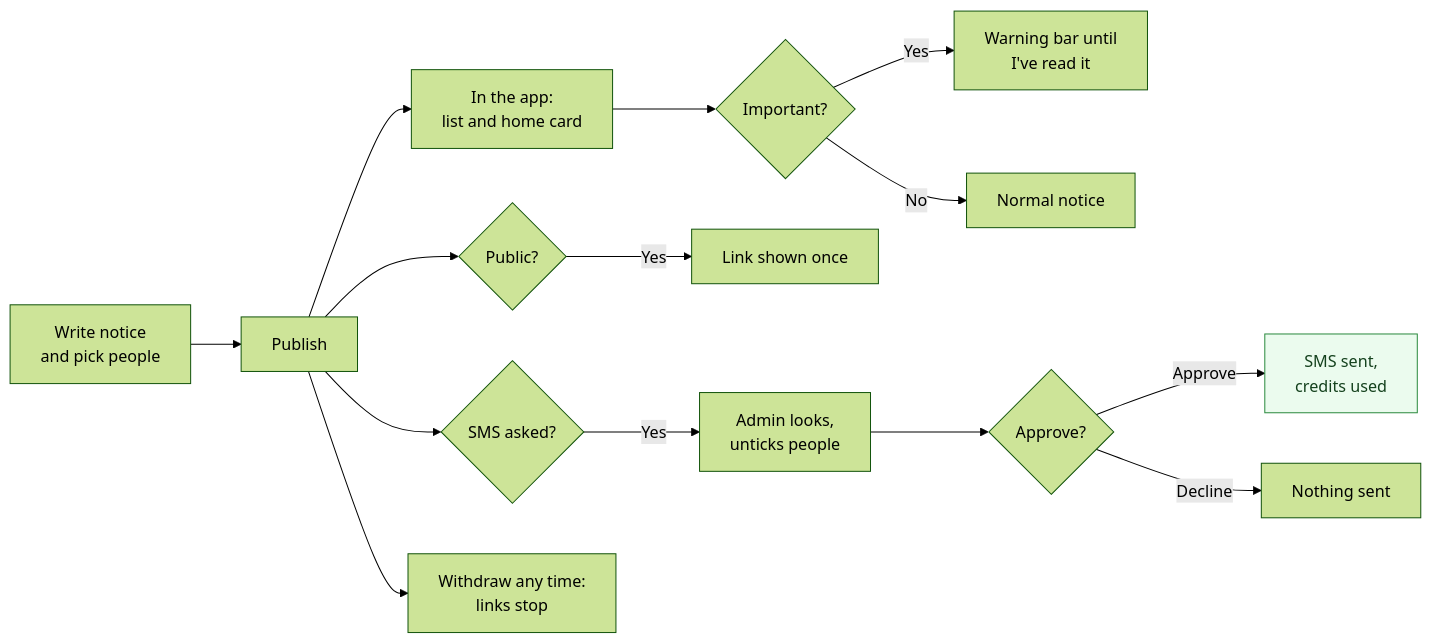
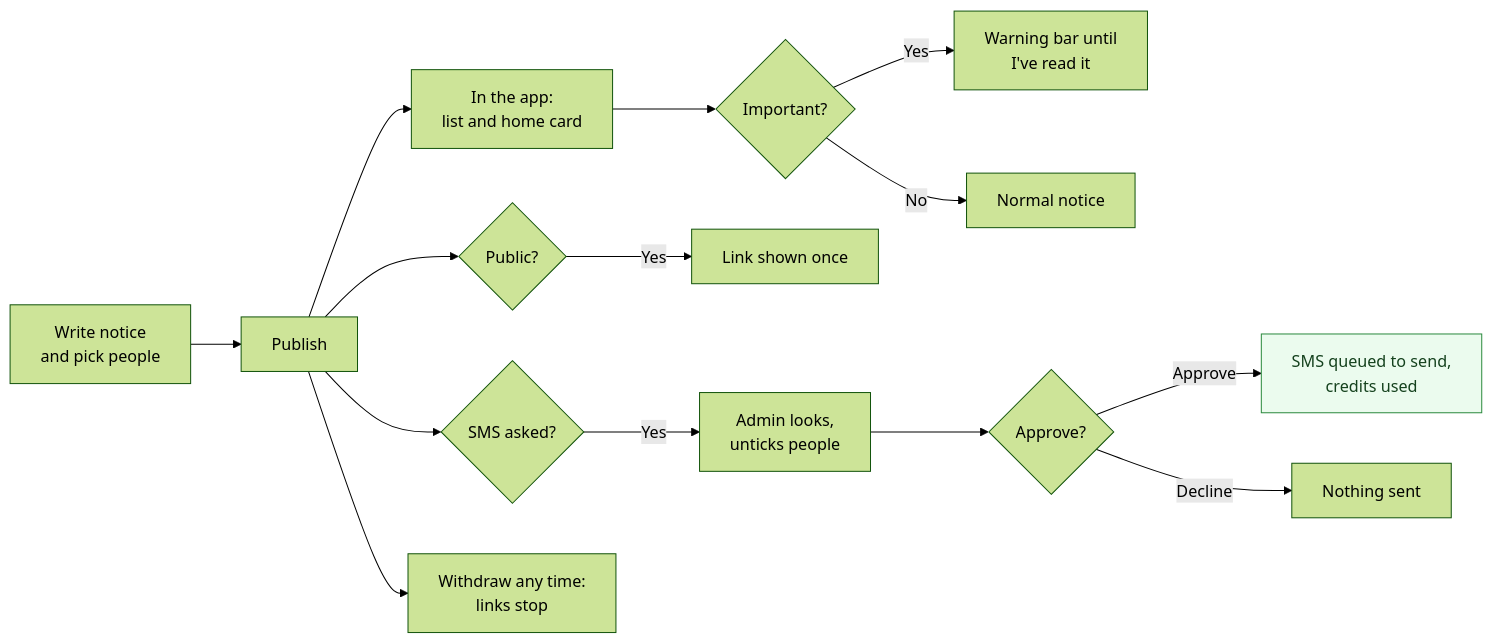
One commit to LBCron/biddaloy changed the diagram in docs/user-guide/_diagrams/communications-notices-overview.en.mmd. Above: the diagram before and after it, drawn with Mermaid (forest theme). The commit also changed 9 other files, not shown here.

First line of the commit message:
fix(notices): SMS status says Queued, guide claims match the code

```diff
--- a/docs/user-guide/_diagrams/communications-notices-overview.en.mmd
+++ b/docs/user-guide/_diagrams/communications-notices-overview.en.mmd
@@ -1,17 +1,17 @@
 %% title: How a notice travels
 %% desc: You write the notice and pick who gets it, then publish. People with the app see it in the app; an important one also stays in their warning bar until they press I've read it. If you ticked Public, a link is made and shown once. An SMS goes only after an admin approves it. You can withdraw the notice at any time, and its links stop working.
 flowchart LR
   W["Write notice<br/>and pick people"] --> P["Publish"]
   P --> A["In the app:<br/>list and home card"]
   A --> I{"Important?"}
   I -- "Yes" --> B["Warning bar until<br/>I've read it"]
   I -- "No" --> N["Normal notice"]
   P --> L{"Public?"}
   L -- "Yes" --> K["Link shown once"]
   P --> S{"SMS asked?"}
   S -- "Yes" --> R["Admin looks,<br/>unticks people"]
   R --> D{"Approve?"}
-  D -- "Approve" --> G["SMS sent,<br/>credits used"]:::done
+  D -- "Approve" --> G["SMS queued to send,<br/>credits used"]:::done
   D -- "Decline" --> X["Nothing sent"]
   P --> Z["Withdraw any time:<br/>links stop"]
   classDef done fill:#ebfbee,stroke:#2b8a3e,color:#14411d
```
